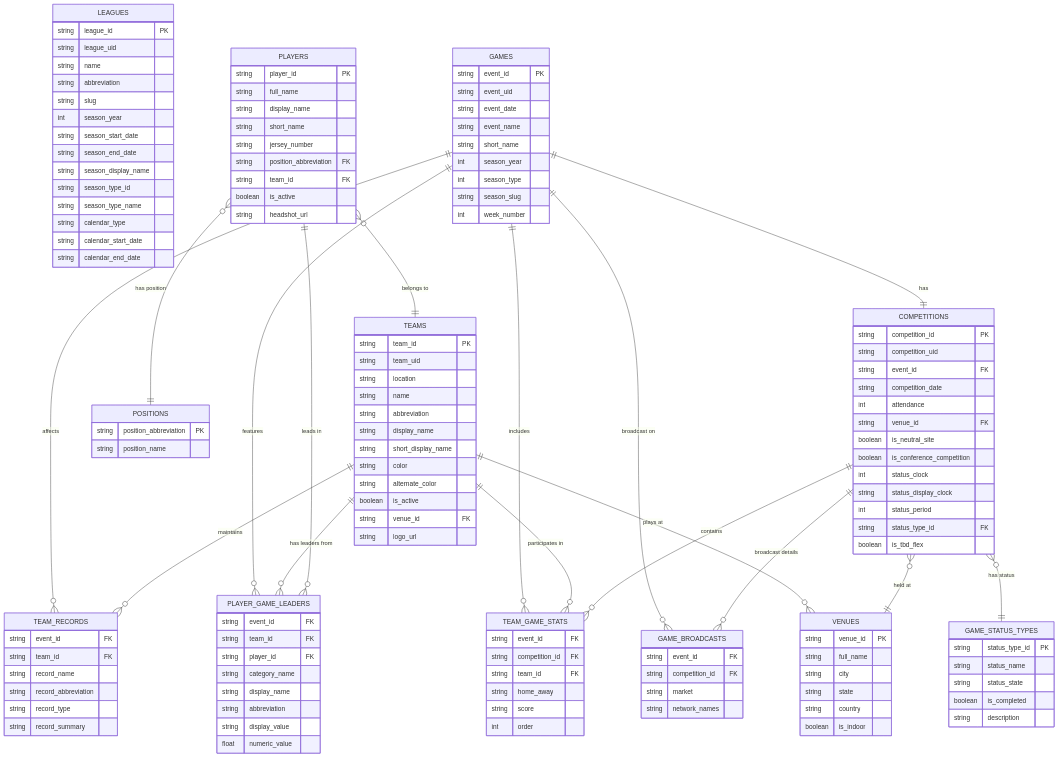
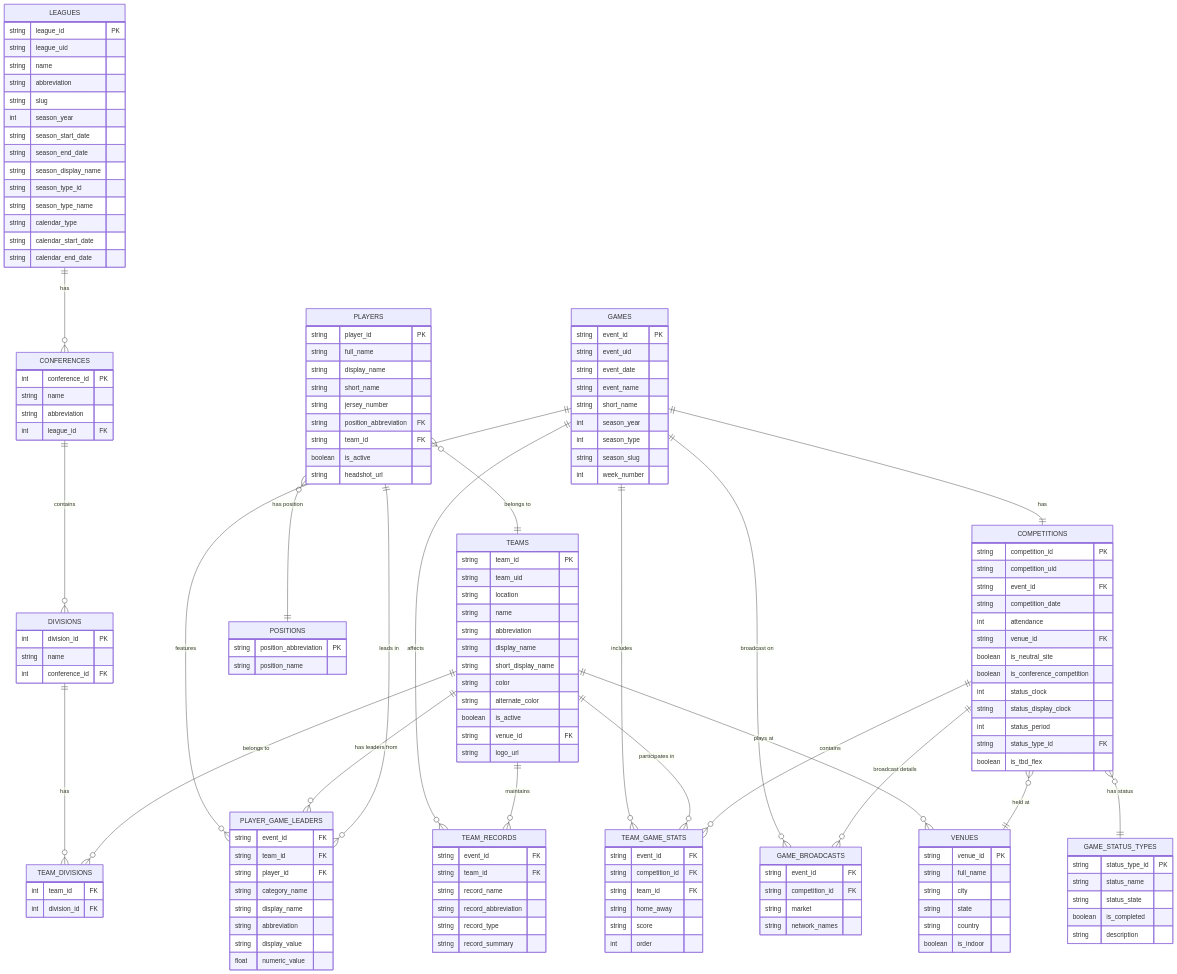
One commit to davidfoulkejr/nfl-data-source changed the diagram in docs/ERD_DIAGRAM.md. Above: the diagram before and after it, drawn with Mermaid. The commit also changed other lines of this file and 3 other files, not shown here.

```diff
--- a/docs/ERD_DIAGRAM.md
+++ b/docs/ERD_DIAGRAM.md
@@ -17,6 +17,19 @@
         string calendar_end_date
     }
 
+    CONFERENCES {
+        int conference_id PK
+        string name
+        string abbreviation
+        int league_id FK
+    }
+
+    DIVISIONS {
+        int division_id PK
+        string name
+        int conference_id FK
+    }
+
     TEAMS {
         string team_id PK
         string team_uid
@@ -30,6 +43,11 @@
         boolean is_active
         string venue_id FK
         string logo_url
+    }
+
+    TEAM_DIVISIONS {
+        int team_id FK
+        int division_id FK
     }
 
     VENUES {
@@ -131,6 +149,10 @@
     }
 
     %% Relationships
+    LEAGUES ||--o{ CONFERENCES : "has"
+    CONFERENCES ||--o{ DIVISIONS : "contains"
+    DIVISIONS ||--o{ TEAM_DIVISIONS : "has"
+    TEAMS ||--o{ TEAM_DIVISIONS : "belongs to"
     TEAMS ||--o{ VENUES : "plays at"
     PLAYERS }o--|| TEAMS : "belongs to"
     PLAYERS }o--|| POSITIONS : "has position"
```
